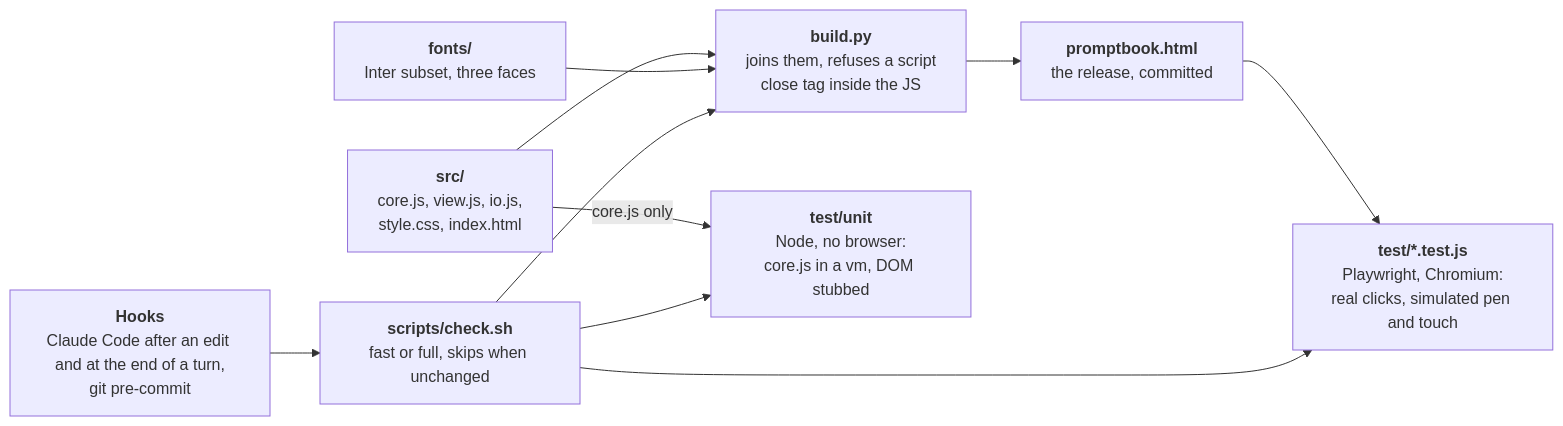
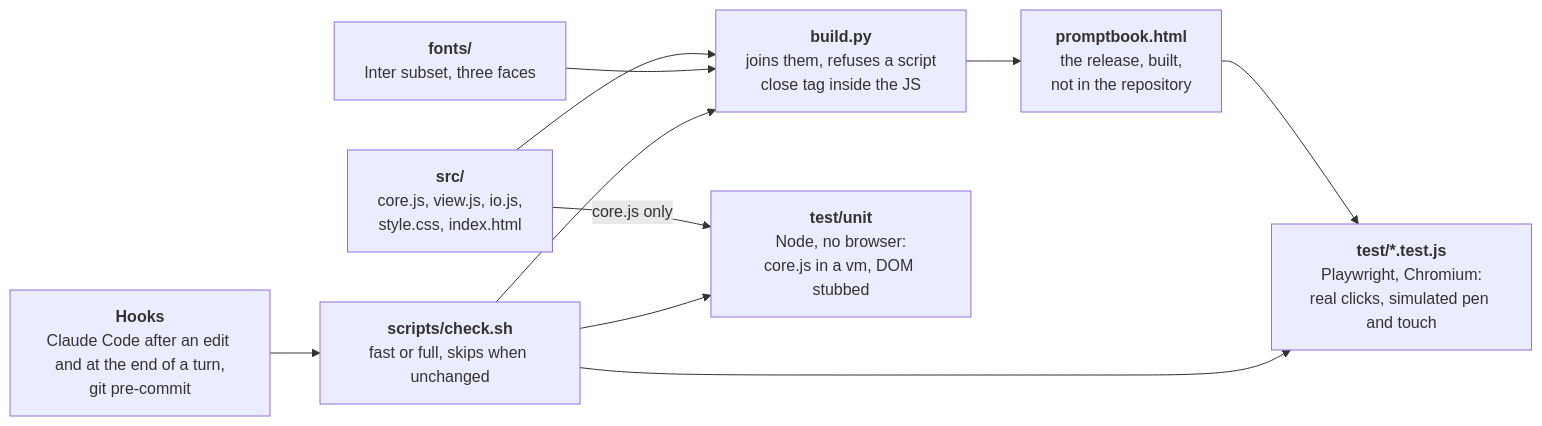
One commit to MarcoVitalii/promptbook changed the fifth of 5 diagrams in docs/architecture.md. Above: the diagram before and after it, drawn with Mermaid. The commit also changed other lines of this file and 28 other files, not shown here.

````diff
--- a/docs/architecture.md
+++ b/docs/architecture.md
@@ -273,21 +273,21 @@
 ```mermaid
 flowchart LR
   src["<b>src/</b><br/>core.js, view.js, io.js,<br/>style.css, index.html"]
   fonts["<b>fonts/</b><br/>Inter subset, three faces"]
   build["<b>build.py</b><br/>joins them, refuses a script<br/>close tag inside the JS"]
-  html["<b>promptbook.html</b><br/>the release, committed"]
+  html["<b>promptbook.html</b><br/>the release, built,<br/>not in the repository"]
   unit["<b>test/unit</b><br/>Node, no browser:<br/>core.js in a vm, DOM stubbed"]
   e2e["<b>test/*.test.js</b><br/>Playwright, Chromium:<br/>real clicks, simulated pen and touch"]
   check["<b>scripts/check.sh</b><br/>fast or full, skips when unchanged"]
   hooks["<b>Hooks</b><br/>Claude Code after an edit and at the end of a turn,<br/>git pre-commit"]
 
   src --> build
   fonts --> build
   build --> html
   src -->|"core.js only"| unit
   html --> e2e
   hooks --> check
   check --> build
   check --> unit
   check --> e2e
 ```
````
